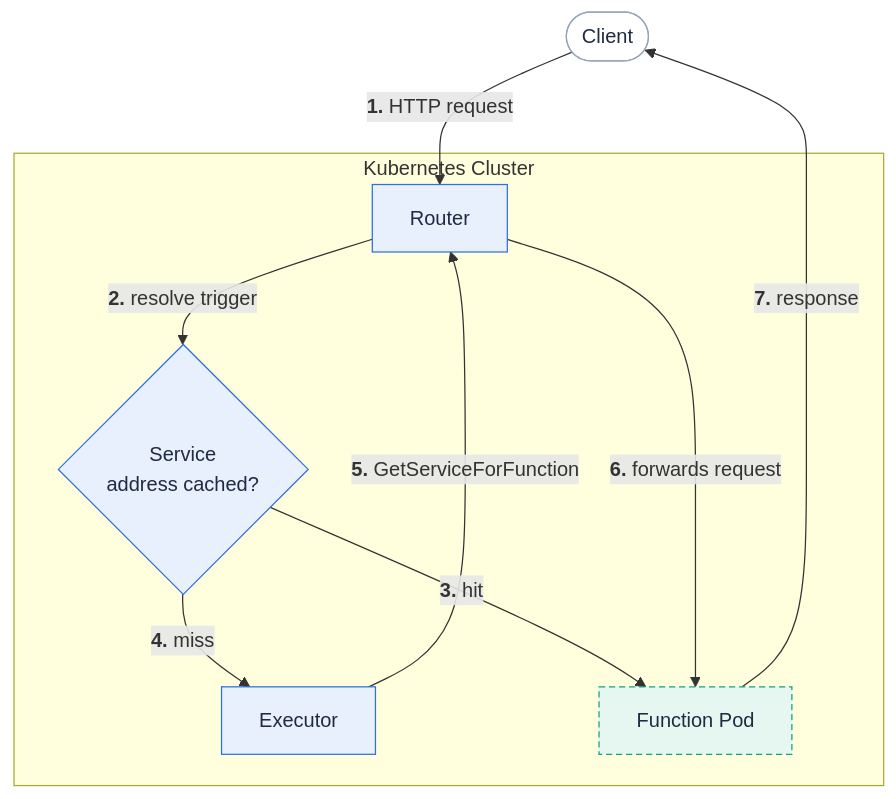
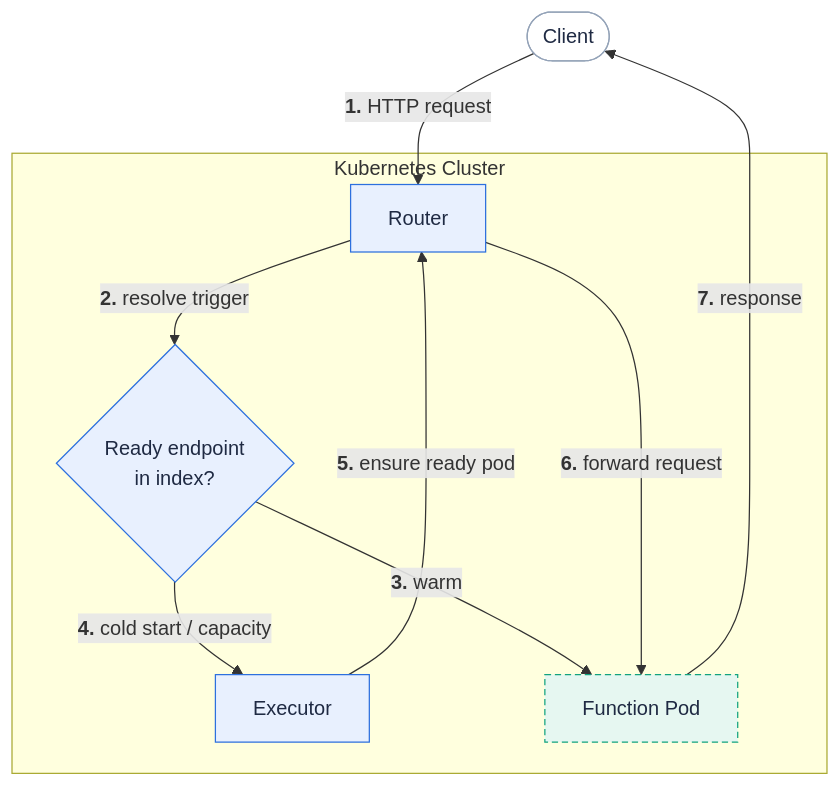
One commit to fission/fission.io changed the diagram in content/en/docs/architecture/router.md. Above: the diagram before and after it, drawn with Mermaid. The commit also changed other lines of this file and 46 other files, not shown here.

````diff
--- a/content/en/docs/architecture/router.md
+++ b/content/en/docs/architecture/router.md
@@ -21,20 +21,20 @@
 ```mermaid
 flowchart TB
   client(["Client"]):::user
   subgraph k8s["Kubernetes Cluster"]
     router["Router"]:::fission
-    cache{"Service<br/>address cached?"}:::fission
+    index{"Ready endpoint<br/>in index?"}:::fission
     executor["Executor"]:::fission
     fnPod["Function Pod"]:::pod
   end
   client -->|"<b>1.</b> HTTP request"| router
-  router -->|"<b>2.</b> resolve trigger"| cache
-  cache -->|"<b>3.</b> hit"| fnPod
-  cache -->|"<b>4.</b> miss"| executor
-  executor -->|"<b>5.</b> GetServiceForFunction"| router
-  router -->|"<b>6.</b> forwards request"| fnPod
+  router -->|"<b>2.</b> resolve trigger"| index
+  index -->|"<b>3.</b> warm"| fnPod
+  index -->|"<b>4.</b> cold start / capacity"| executor
+  executor -->|"<b>5.</b> ensure ready pod"| router
+  router -->|"<b>6.</b> forward request"| fnPod
   fnPod -->|"<b>7.</b> response"| client
   classDef user fill:#ffffff,stroke:#94a3b8,color:#1f2a43
   classDef fission fill:#e8f0fe,stroke:#2d70de,color:#1f2a43
   classDef pod fill:#e6f7f1,stroke:#11a37f,color:#1f2a43,stroke-dasharray:5 3
 ```
````
